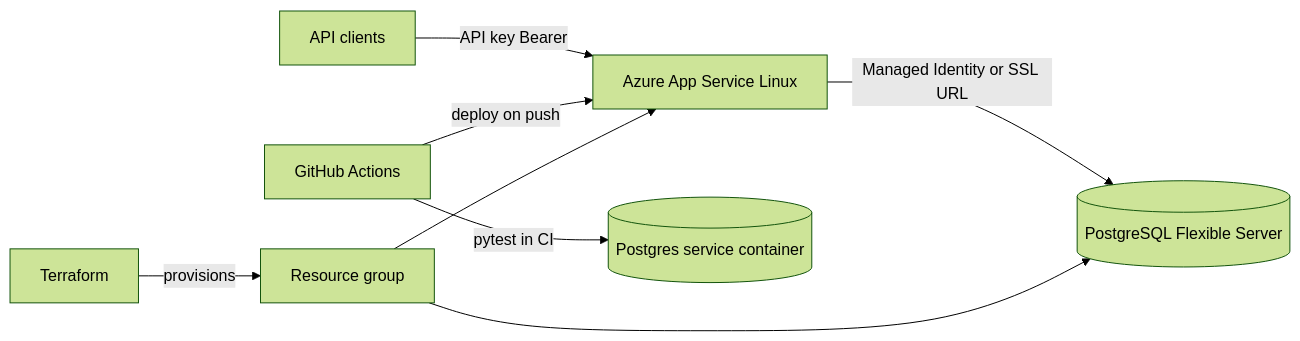
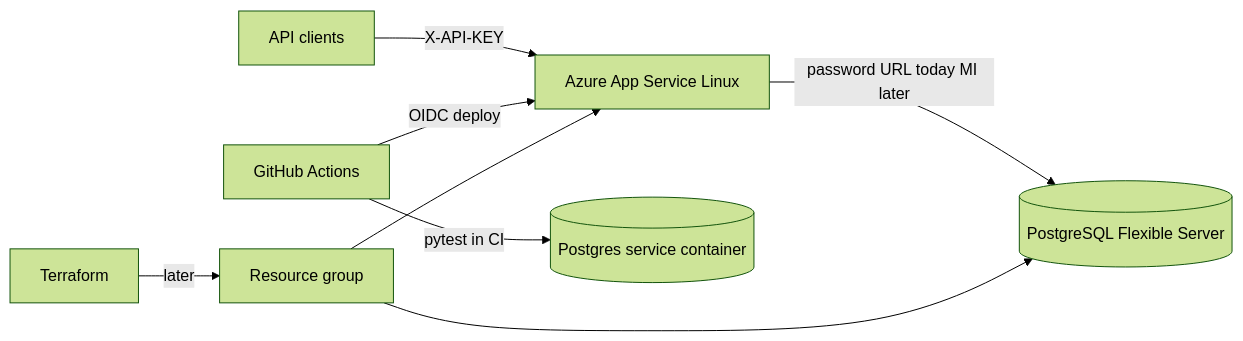
One commit to BrotherofOracleMan/CosmicMissions changed the eighth of 8 diagrams in docs/upgrade-roadmap.md. Above: the diagram before and after it, drawn with Mermaid (forest theme). The commit also changed other lines of this file and 3 other files, not shown here.

````diff
--- a/docs/upgrade-roadmap.md
+++ b/docs/upgrade-roadmap.md
@@ -616,10 +638,10 @@
 ```mermaid
 flowchart LR
-    client[API clients] -->|API key Bearer| app[Azure App Service Linux]
-    app -->|Managed Identity or SSL URL| pg[(PostgreSQL Flexible Server)]
-    gh[GitHub Actions] -->|deploy on push| app
+    client[API clients] -->|"X-API-KEY"| app[Azure App Service Linux]
+    app -->|password URL today MI later| pg[(PostgreSQL Flexible Server)]
+    gh[GitHub Actions] -->|OIDC deploy| app
     gh -->|pytest in CI| testPg[(Postgres service container)]
-    tf[Terraform] -->|provisions| rg[Resource group]
+    tf[Terraform] -->|later| rg[Resource group]
     rg --> app
     rg --> pg
 ```
````
